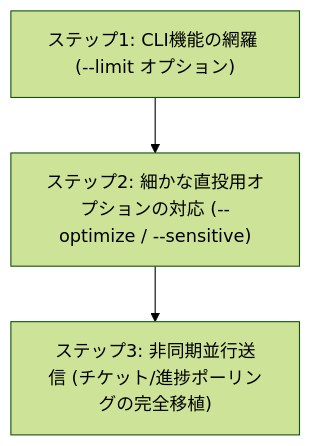
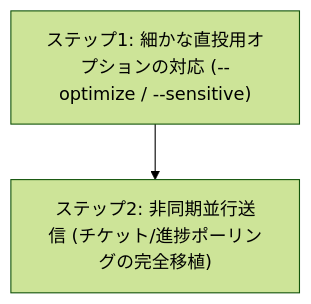
The diagram in RUST_PORT_GAP_ANALYSIS.md (densuke/blog-autopost), drawn with Mermaid (forest theme) before and after one commit. The commit also changed other lines of this file, not shown here.

Commit message:
docs: --limit と --debug を実装済みに更新し、各機能に対応するコミットハッシュを追加

````diff
--- a/RUST_PORT_GAP_ANALYSIS.md
+++ b/RUST_PORT_GAP_ANALYSIS.md
@@ -68,5 +68,4 @@
 ```mermaid
 graph TD
-    A["ステップ1: CLI機能の網羅 (--limit オプション)"] --> B["ステップ2: 細かな直投用オプションの対応 (--optimize / --sensitive)"]
-    B --> C["ステップ3: 非同期並行送信 (チケット/進捗ポーリングの完全移植)"]
+    A["ステップ1: 細かな直投用オプションの対応 (--optimize / --sensitive)"] --> B["ステップ2: 非同期並行送信 (チケット/進捗ポーリングの完全移植)"]
 ```
````
